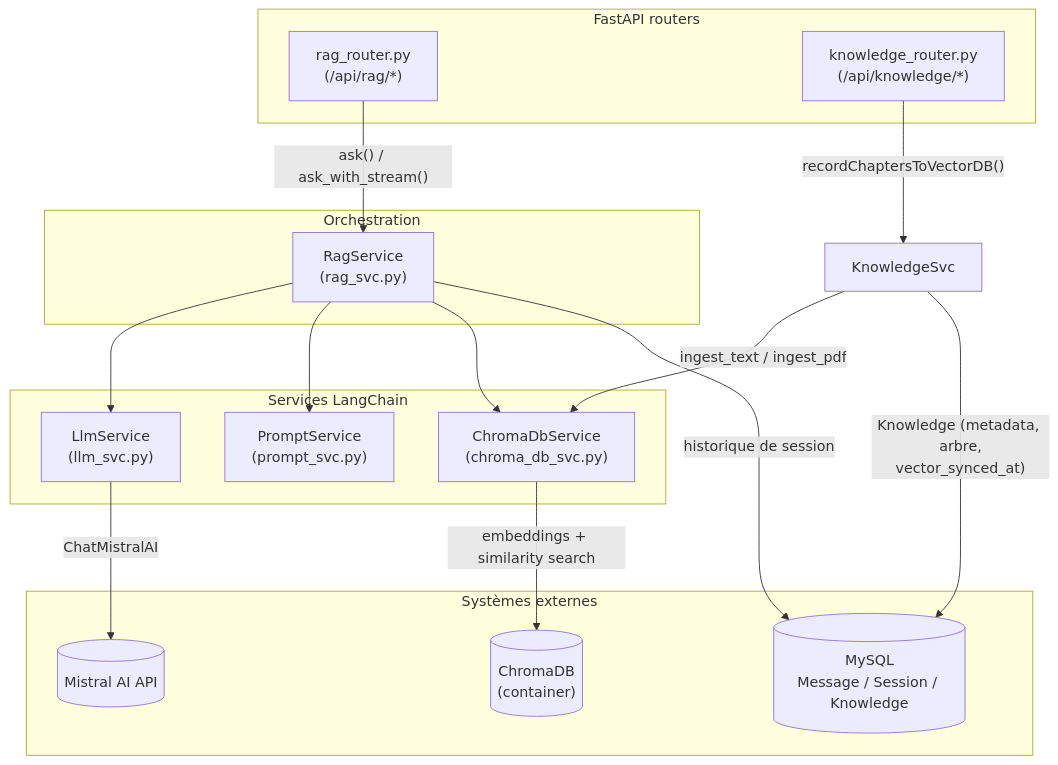
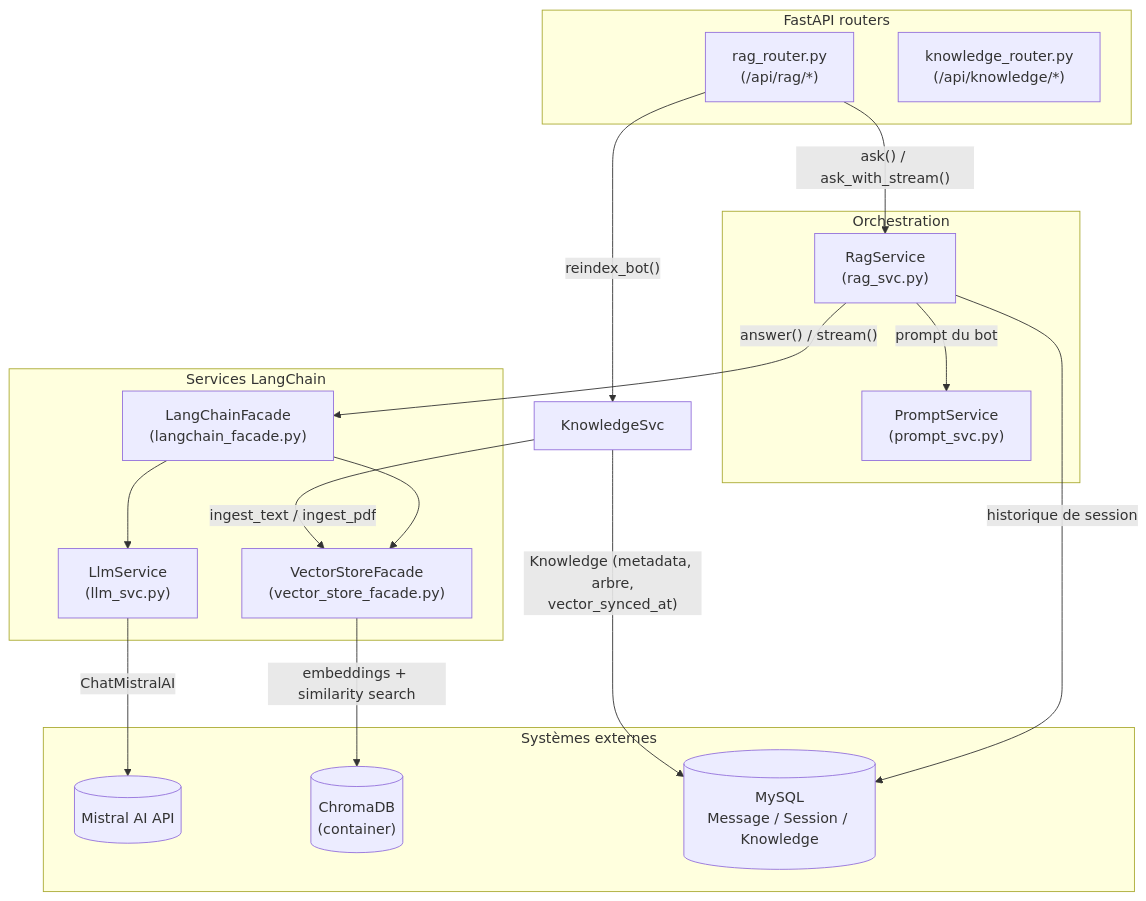
The first of 6 diagrams in server/doc/LANGCHAIN_ARCHITECTURE.md (pierrefaraco/bot-factory), drawn with Mermaid before and after one commit. The commit also changed other lines of this file and 25 other files, not shown here.

````diff
--- a/server/doc/LANGCHAIN_ARCHITECTURE.md
+++ b/server/doc/LANGCHAIN_ARCHITECTURE.md
@@ -24,34 +33,36 @@
 ```mermaid
 flowchart TB
     subgraph API["FastAPI routers"]
         RAGR["rag_router.py<br/>(/api/rag/*)"]
         KNOWR["knowledge_router.py<br/>(/api/knowledge/*)"]
     end
 
     subgraph ORCH["Orchestration"]
         RAG["RagService<br/>(rag_svc.py)"]
+        PROMPT["PromptService<br/>(prompt_svc.py)"]
     end
 
     subgraph LC["Services LangChain"]
+        FACADE["LangChainFacade<br/>(langchain_facade.py)"]
         LLM["LlmService<br/>(llm_svc.py)"]
-        PROMPT["PromptService<br/>(prompt_svc.py)"]
-        CHROMA["ChromaDbService<br/>(chroma_db_svc.py)"]
+        CHROMA["VectorStoreFacade<br/>(vector_store_facade.py)"]
     end
 
     subgraph EXT["Systèmes externes"]
         MISTRAL[("Mistral AI API")]
         CHROMADB[("ChromaDB<br/>(container)")]
         MYSQL[("MySQL<br/>Message / Session / Knowledge")]
     end
 
-    KNOWR -->|"recordChaptersToVectorDB()"| KNOWSVC["KnowledgeSvc"]
+    RAGR -->|"reindex_bot()"| KNOWSVC["KnowledgeSvc"]
     KNOWSVC -->|"ingest_text / ingest_pdf"| CHROMA
     KNOWSVC -->|"Knowledge (metadata, arbre,<br/>vector_synced_at)"| MYSQL
     RAGR -->|"ask() / ask_with_stream()"| RAG
-    RAG --> LLM
-    RAG --> PROMPT
-    RAG --> CHROMA
+    RAG -->|"prompt du bot"| PROMPT
+    RAG -->|"answer() / stream()"| FACADE
+    FACADE --> LLM
+    FACADE --> CHROMA
     RAG -->|"historique de session"| MYSQL
     LLM -->|"ChatMistralAI"| MISTRAL
     CHROMA -->|"embeddings + similarity search"| CHROMADB
 ```
````
